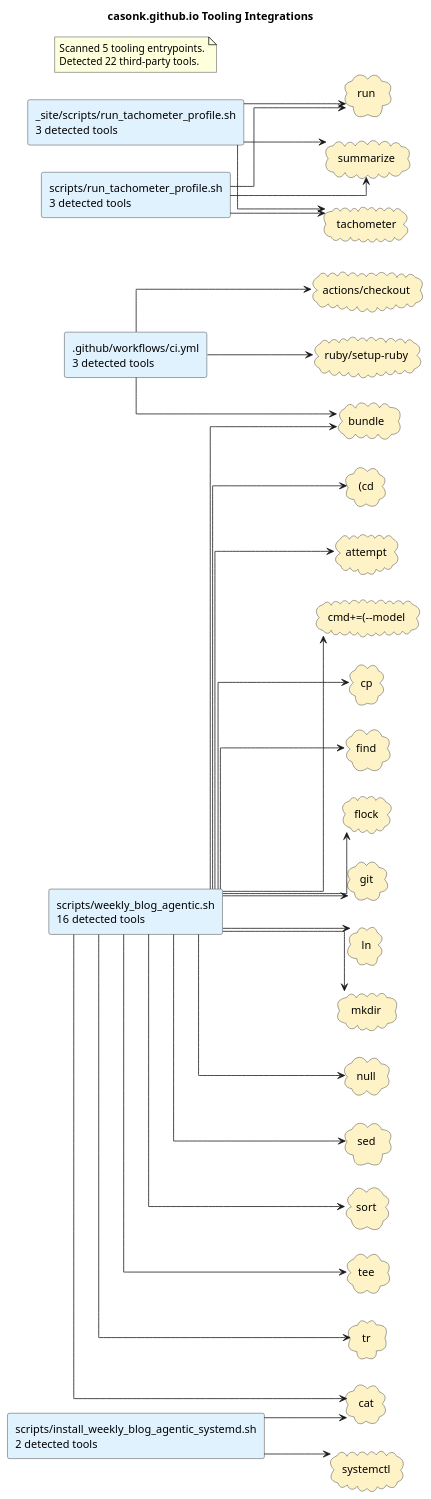
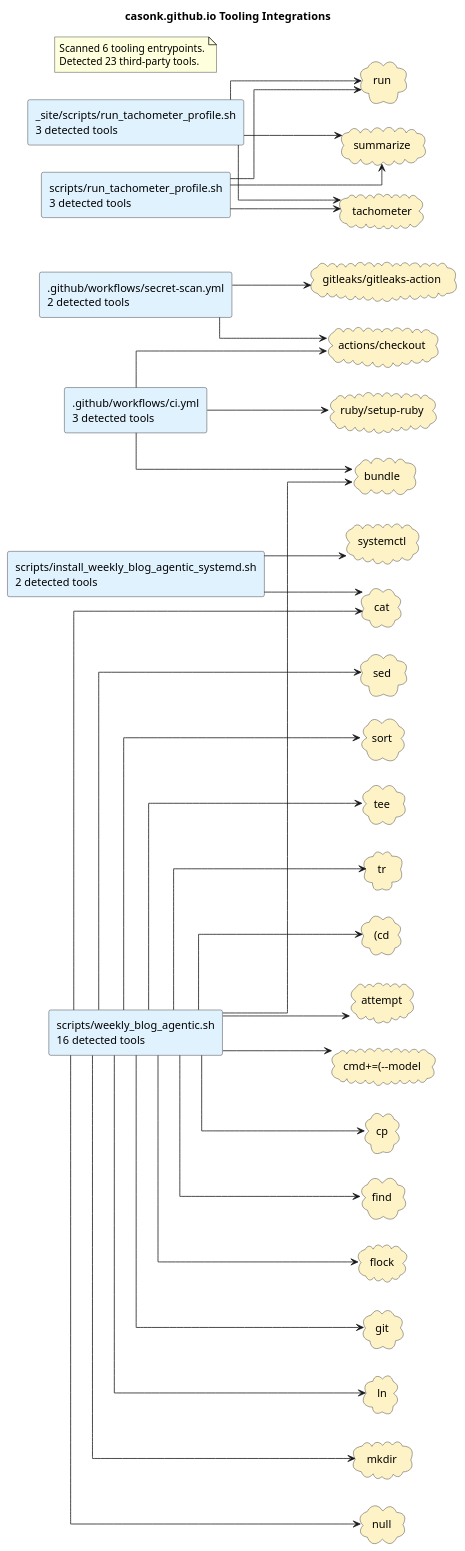
The diagram in docs/diagrams/tooling-integrations.puml (casonk/casonk.github.io), drawn with PlantUML before and after one commit. The commit also changed 3 other files, not shown here.

First line of the commit message:
docs: refresh diagrams; ci: exclude baseline from workspace-path scan

```diff
--- a/docs/diagrams/tooling-integrations.puml
+++ b/docs/diagrams/tooling-integrations.puml
@@ -1,66 +1,70 @@
 @startuml
 title casonk.github.io Tooling Integrations
 left to right direction
 skinparam shadowing false
 skinparam defaultFontName Monospace
 skinparam componentStyle rectangle
 skinparam linetype ortho
 rectangle ".github/workflows/ci.yml\n3 detected tools" as source_github_workflows_ci_yml #E0F2FE
+rectangle ".github/workflows/secret-scan.yml\n2 detected tools" as source_github_workflows_secret_scan_yml #E0F2FE
 rectangle "_site/scripts/run_tachometer_profile.sh\n3 detected tools" as source_site_scripts_run_tachometer_profile_sh #E0F2FE
 rectangle "scripts/install_weekly_blog_agentic_systemd.sh\n2 detected tools" as source_scripts_install_weekly_blog_agentic_systemd_sh #E0F2FE
 rectangle "scripts/run_tachometer_profile.sh\n3 detected tools" as source_scripts_run_tachometer_profile_sh #E0F2FE
 rectangle "scripts/weekly_blog_agentic.sh\n16 detected tools" as source_scripts_weekly_blog_agentic_sh #E0F2FE
 cloud "(cd" as tool_cd #FEF3C7
 cloud "actions/checkout" as tool_actions_checkout #FEF3C7
 cloud "attempt" as tool_attempt #FEF3C7
 cloud "bundle" as tool_bundle #FEF3C7
 cloud "cat" as tool_cat #FEF3C7
 cloud "cmd+=(--model" as tool_cmd_model #FEF3C7
 cloud "cp" as tool_cp #FEF3C7
 cloud "find" as tool_find #FEF3C7
 cloud "flock" as tool_flock #FEF3C7
 cloud "git" as tool_git #FEF3C7
+cloud "gitleaks/gitleaks-action" as tool_gitleaks_gitleaks_action #FEF3C7
 cloud "ln" as tool_ln #FEF3C7
 cloud "mkdir" as tool_mkdir #FEF3C7
 cloud "null" as tool_null #FEF3C7
 cloud "ruby/setup-ruby" as tool_ruby_setup_ruby #FEF3C7
 cloud "run" as tool_run #FEF3C7
 cloud "sed" as tool_sed #FEF3C7
 cloud "sort" as tool_sort #FEF3C7
 cloud "summarize" as tool_summarize #FEF3C7
 cloud "systemctl" as tool_systemctl #FEF3C7
 cloud "tachometer" as tool_tachometer #FEF3C7
 cloud "tee" as tool_tee #FEF3C7
 cloud "tr" as tool_tr #FEF3C7
 source_github_workflows_ci_yml --> tool_actions_checkout
 source_github_workflows_ci_yml --> tool_bundle
 source_github_workflows_ci_yml --> tool_ruby_setup_ruby
+source_github_workflows_secret_scan_yml --> tool_actions_checkout
+source_github_workflows_secret_scan_yml --> tool_gitleaks_gitleaks_action
 source_site_scripts_run_tachometer_profile_sh --> tool_run
 source_site_scripts_run_tachometer_profile_sh --> tool_summarize
 source_site_scripts_run_tachometer_profile_sh --> tool_tachometer
 source_scripts_install_weekly_blog_agentic_systemd_sh --> tool_cat
 source_scripts_install_weekly_blog_agentic_systemd_sh --> tool_systemctl
 source_scripts_run_tachometer_profile_sh --> tool_run
 source_scripts_run_tachometer_profile_sh --> tool_summarize
 source_scripts_run_tachometer_profile_sh --> tool_tachometer
 source_scripts_weekly_blog_agentic_sh --> tool_cd
 source_scripts_weekly_blog_agentic_sh --> tool_attempt
 source_scripts_weekly_blog_agentic_sh --> tool_bundle
 source_scripts_weekly_blog_agentic_sh --> tool_cat
 source_scripts_weekly_blog_agentic_sh --> tool_cmd_model
 source_scripts_weekly_blog_agentic_sh --> tool_cp
 source_scripts_weekly_blog_agentic_sh --> tool_find
 source_scripts_weekly_blog_agentic_sh --> tool_flock
 source_scripts_weekly_blog_agentic_sh --> tool_git
 source_scripts_weekly_blog_agentic_sh --> tool_ln
 source_scripts_weekly_blog_agentic_sh --> tool_mkdir
 source_scripts_weekly_blog_agentic_sh --> tool_null
 source_scripts_weekly_blog_agentic_sh --> tool_sed
 source_scripts_weekly_blog_agentic_sh --> tool_sort
 source_scripts_weekly_blog_agentic_sh --> tool_tee
 source_scripts_weekly_blog_agentic_sh --> tool_tr
 note as toolingGraphSummary
-Scanned 5 tooling entrypoints.
-Detected 22 third-party tools.
+Scanned 6 tooling entrypoints.
+Detected 23 third-party tools.
 end note
 @enduml
```
